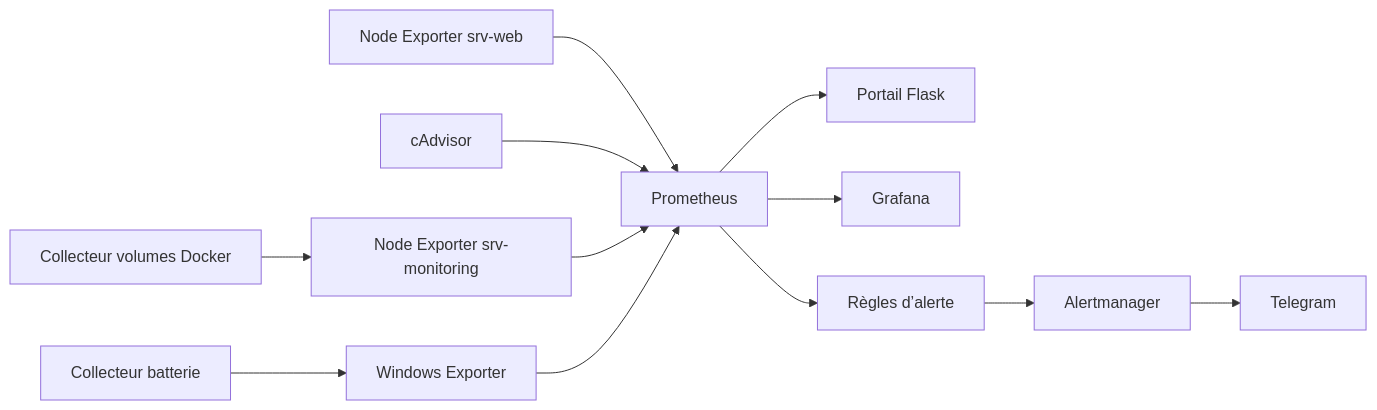
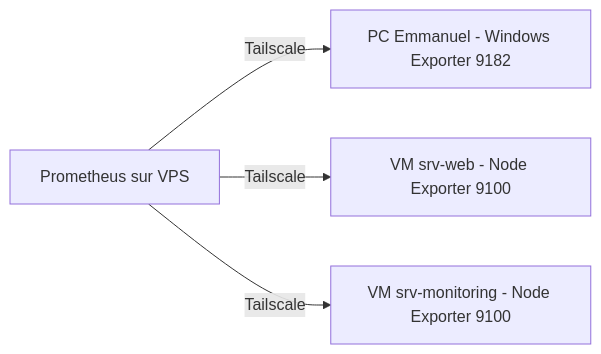
One commit to Emmanuel110499/secure-local-cloud-infrastructure-v2 changed the second of 2 diagrams in docs/ARCHITECTURE.md. Above: the diagram before and after it, drawn with Mermaid. The commit also changed other lines of this file and 33 other files, not shown here.

First line of the commit message:
Publier l’architecture VPS et la supervision distribuée v1.1 (#5)

````diff
--- a/docs/ARCHITECTURE.md
+++ b/docs/ARCHITECTURE.md
@@ -99,14 +58,10 @@
 ```mermaid
 flowchart LR
-    NW["Node Exporter srv-web"] --> P[Prometheus]
-    CA[cAdvisor] --> P
-    NM["Node Exporter srv-monitoring"] --> P
-    WE["Windows Exporter"] --> P
-    BAT["Collecteur batterie"] --> WE
-    VM["Collecteur volumes Docker"] --> NM
-    P --> UI["Portail Flask"]
-    P --> G[Grafana]
-    P --> R["Règles d’alerte"]
-    R --> A[Alertmanager]
-    A --> T[Telegram]
+    VPS[Prometheus sur VPS]
+    PC[PC Emmanuel - Windows Exporter 9182]
+    WEB[VM srv-web - Node Exporter 9100]
+    MON[VM srv-monitoring - Node Exporter 9100]
+    VPS -->|Tailscale| PC
+    VPS -->|Tailscale| WEB
+    VPS -->|Tailscale| MON
 ```
````
